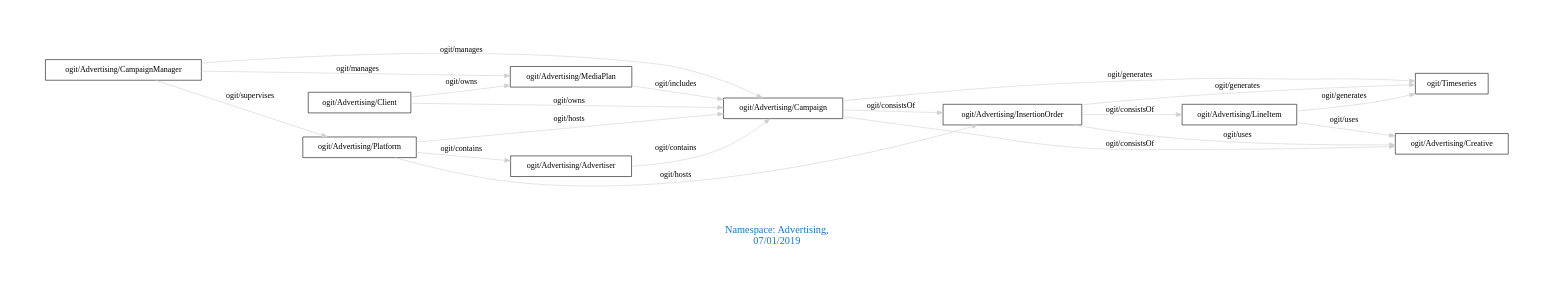
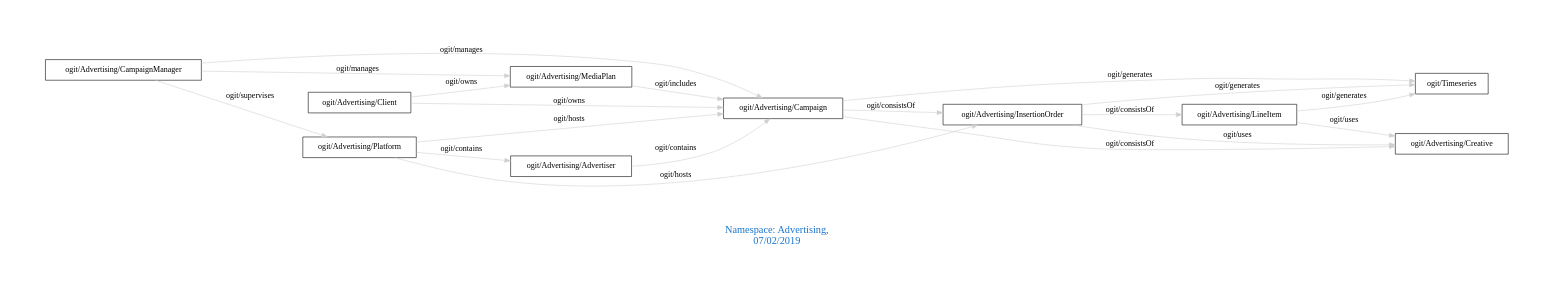
The diagram in downloads/Advertising.dot (arago/OGIT), drawn with Graphviz before and after one commit. The commit also changed 1443 other files, not shown here.

```diff
--- a/downloads/Advertising.dot
+++ b/downloads/Advertising.dot
@@ -1,26 +1,26 @@
 digraph OGIT_ontology {
  graph [ rankdir= LR,pad=1 
 fontsize = 18,
-fontcolor= dodgerblue3,label = "\n\n\nNamespace: Advertising, \n 07/01/2019"];
+fontcolor= dodgerblue3,label = "\n\n\nNamespace: Advertising, \n 07/02/2019"];
 node[shape=polygon];
 edge [  color="gray81"];
 
    "ogit/Advertising/Advertiser" -> "ogit/Advertising/Campaign" [label="   ogit/contains    "];
    "ogit/Advertising/Platform" -> "ogit/Advertising/Advertiser" [label="   ogit/contains    "];
    "ogit/Advertising/CampaignManager" -> "ogit/Advertising/MediaPlan" [label="   ogit/manages    "];
    "ogit/Advertising/CampaignManager" -> "ogit/Advertising/Campaign" [label="   ogit/manages    "];
    "ogit/Advertising/Platform" -> "ogit/Advertising/Campaign" [label="   ogit/hosts    "];
    "ogit/Advertising/Platform" -> "ogit/Advertising/InsertionOrder" [label="   ogit/hosts    "];
    "ogit/Advertising/CampaignManager" -> "ogit/Advertising/Platform" [label="   ogit/supervises    "];
    "ogit/Advertising/Campaign" -> "ogit/Timeseries" [label="   ogit/generates    "];
    "ogit/Advertising/InsertionOrder" -> "ogit/Timeseries" [label="   ogit/generates    "];
    "ogit/Advertising/LineItem" -> "ogit/Timeseries" [label="   ogit/generates    "];
    "ogit/Advertising/MediaPlan" -> "ogit/Advertising/Campaign" [label="   ogit/includes    "];
    "ogit/Advertising/Client" -> "ogit/Advertising/MediaPlan" [label="   ogit/owns    "];
    "ogit/Advertising/Client" -> "ogit/Advertising/Campaign" [label="   ogit/owns    "];
    "ogit/Advertising/InsertionOrder" -> "ogit/Advertising/Creative" [label="   ogit/uses    "];
    "ogit/Advertising/LineItem" -> "ogit/Advertising/Creative" [label="   ogit/uses    "];
    "ogit/Advertising/Campaign" -> "ogit/Advertising/InsertionOrder" [label="   ogit/consistsOf    "];
    "ogit/Advertising/Campaign" -> "ogit/Advertising/Creative" [label="   ogit/consistsOf    "];
    "ogit/Advertising/InsertionOrder" -> "ogit/Advertising/LineItem" [label="   ogit/consistsOf    "];
 }
```
